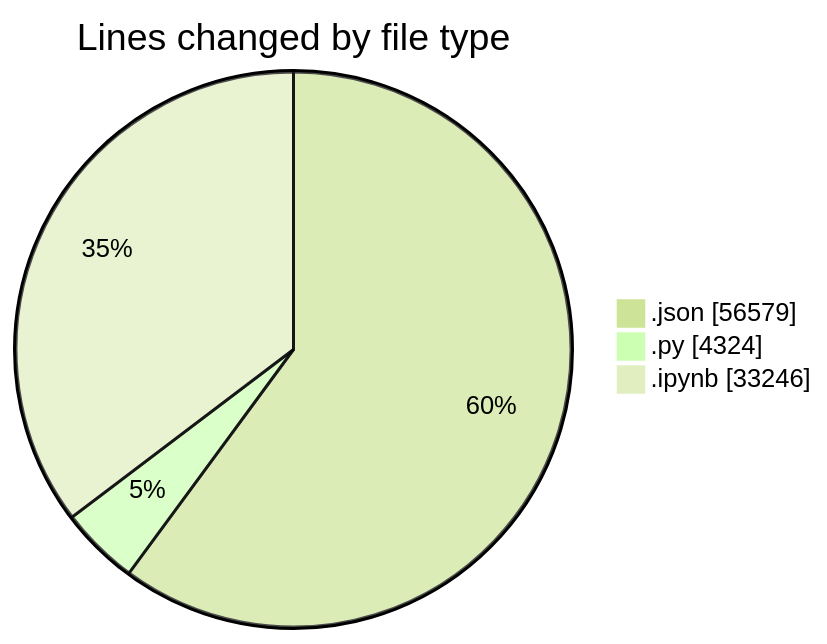
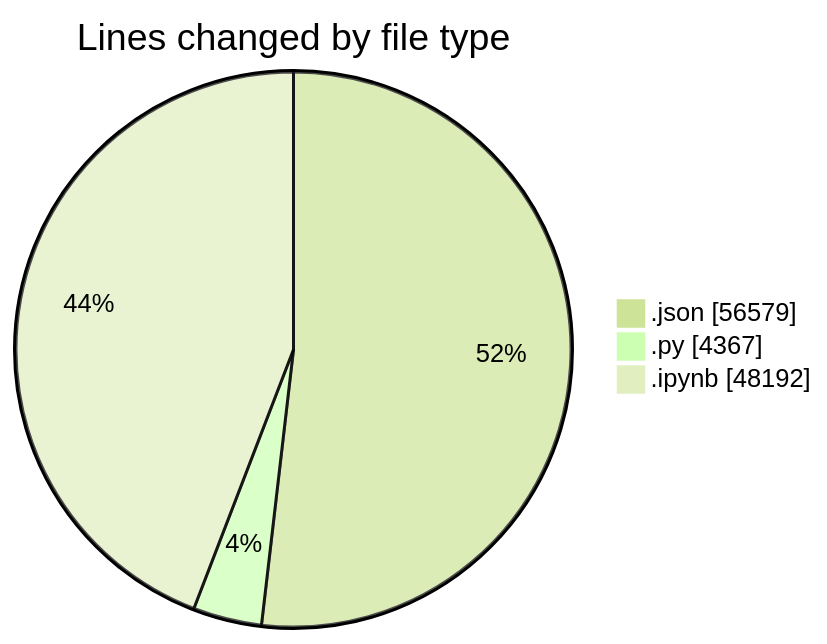
The first of 2 diagrams in 2025-10-04/untitled__workspace_/README.md (MatusMokan/code-tracking), drawn with Mermaid (forest theme) before and after one commit. The commit also changed other lines of this file and 1 other file, not shown here.

````diff
--- a/2025-10-04/untitled__workspace_/README.md
+++ b/2025-10-04/untitled__workspace_/README.md
@@ -36,7 +36,7 @@
 ```mermaid
 pie showData
 title Lines changed by file type
 ".json" : 56579
-".py" : 4324
-".ipynb" : 33246
+".py" : 4367
+".ipynb" : 48192
 ```
````
